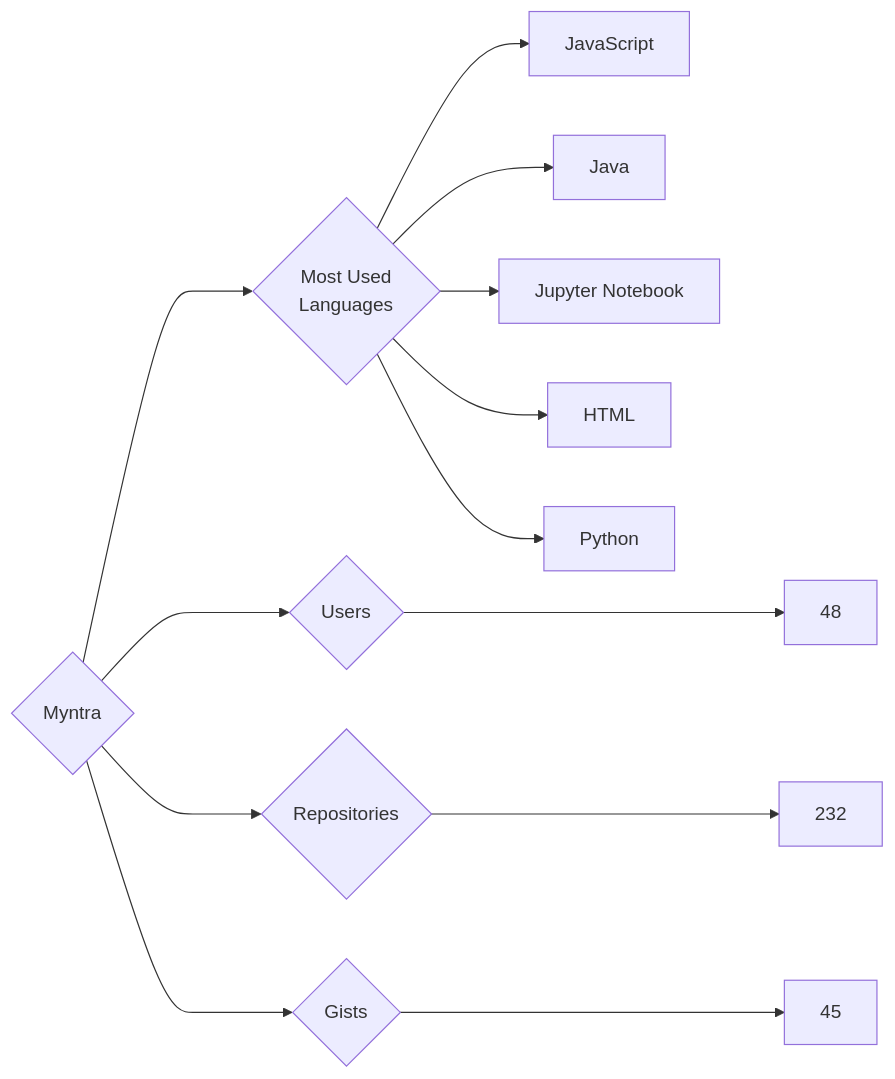
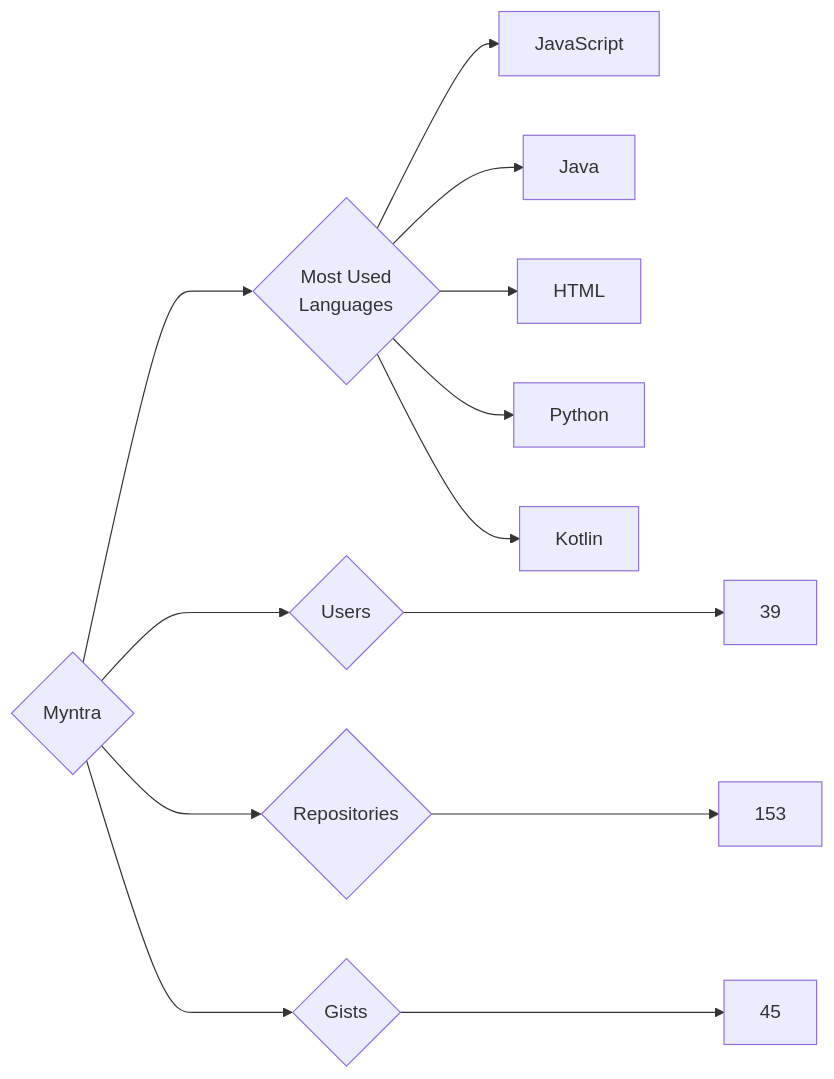
The diagram in targets/Myntra/README.md (trickest/insiders), drawn with Mermaid before and after one commit. The commit also changed 823 other files, not shown here.

````diff
--- a/targets/Myntra/README.md
+++ b/targets/Myntra/README.md
@@ -3,13 +3,13 @@
 ```mermaid
 graph LR
 COMPANY_NAME{Myntra}
-COMPANY_NAME ---> U{Users} ---> UN[48]
-COMPANY_NAME ---> R{Repositories} ---> RN[232]
+COMPANY_NAME ---> U{Users} ---> UN[39]
+COMPANY_NAME ---> R{Repositories} ---> RN[153]
 COMPANY_NAME ---> G{Gists} ---> GN[45]
 COMPANY_NAME ---> ML{Most Used<br>Languages}
 ML --> JavaScript[JavaScript]
 ML --> Java[Java]
-ML --> Jupyter_Notebook[Jupyter Notebook]
 ML --> HTML[HTML]
 ML --> Python[Python]
+ML --> Kotlin[Kotlin]
 ```
````
